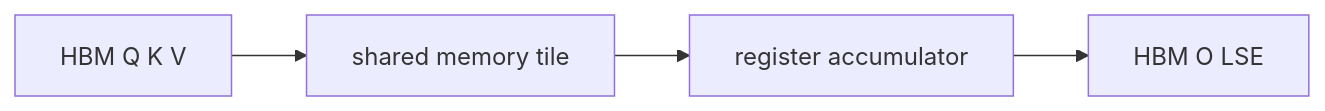
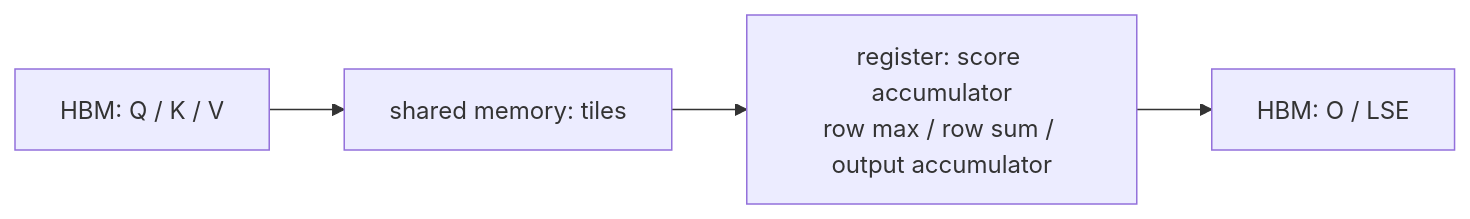
The diagram in AI-Infra课程/基础知识/GPU内存与算子.md (OnlyHero5/sglang-reading-vault), drawn with Mermaid before and after one commit. The commit also changed other lines of this file and 512 other files, not shown here.

````diff
--- a/AI-Infra课程/基础知识/GPU内存与算子.md
+++ b/AI-Infra课程/基础知识/GPU内存与算子.md
@@ -58,6 +73,8 @@
 ```mermaid
 flowchart LR
-    H["HBM Q K V"] --> S["shared memory tile"]
-    S --> R["register accumulator"]
-    R --> O["HBM O LSE"]
+    H["HBM: Q / K / V"]
+    S["shared memory: tiles"]
+    R["register: score accumulator<br/>row max / row sum / output accumulator"]
+    O["HBM: O / LSE"]
+    H --> S --> R --> O
 ```
````
